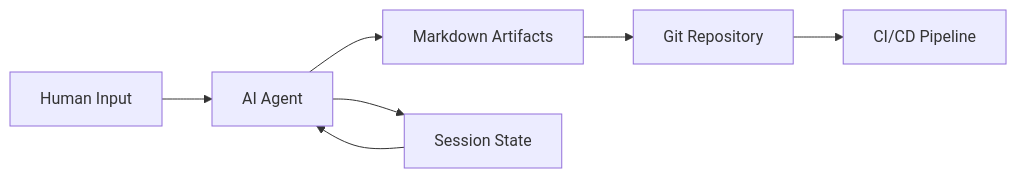
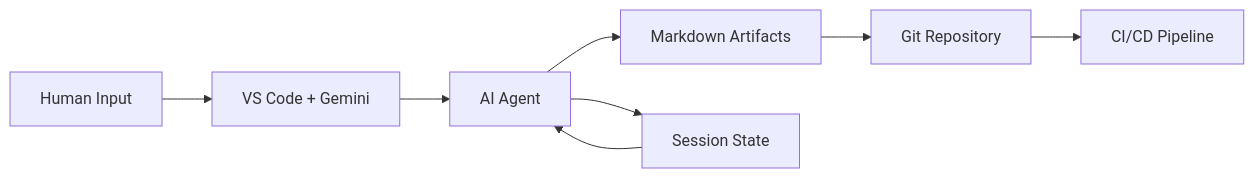
The diagram in 00_Introduction/presentation_deck_v2.md (coffeedrnkr/AISDLC), drawn with Mermaid before and after one commit. The commit also changed other lines of this file and 14 other files, not shown here.

````diff
--- a/00_Introduction/presentation_deck_v2.md
+++ b/00_Introduction/presentation_deck_v2.md
@@ -39,9 +43,10 @@
 ```mermaid
 flowchart LR
-    A[Human Input] --> B[AI Agent]
-    B --> C[Markdown Artifacts]
-    C --> D[Git Repository]
-    D --> E[CI/CD Pipeline]
-    B --> F[Session State]
-    F --> B
+    A[Human Input] --> B[VS Code + Gemini]
+    B --> C[AI Agent]
+    C --> D[Markdown Artifacts]
+    D --> E[Git Repository]
+    E --> F[CI/CD Pipeline]
+    C --> G[Session State]
+    G --> C
 ```
````
